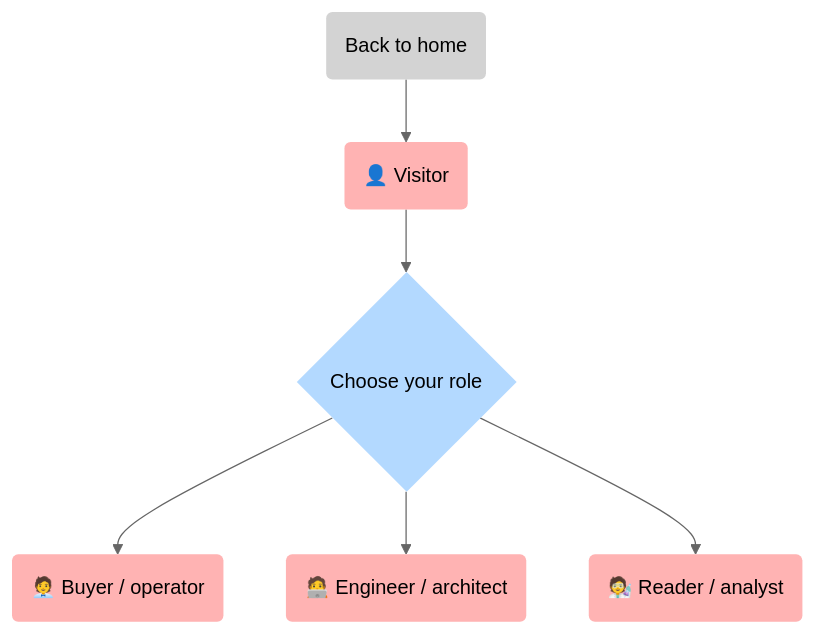
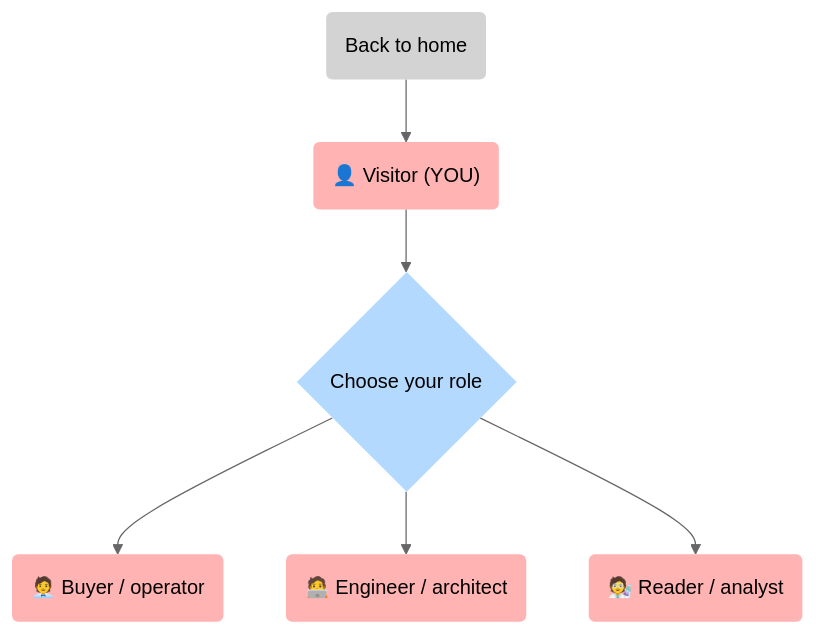
The first of 4 diagrams in docs/home/start-here.md (5Reasons/5reasons.github.io), drawn with Mermaid (neutral theme) before and after one commit. The commit also changed other lines of this file and 1 other file, not shown here.

````diff
--- a/docs/home/start-here.md
+++ b/docs/home/start-here.md
@@ -33,28 +33,28 @@
 ```mermaid
 flowchart TB
 %% Styles (brModel Standard)
 classDef i fill:#D3D3D3,stroke-width:0px,color:#000;
 classDef s fill:#FFB3B3,stroke-width:0px,color:#000;
 classDef p fill:#B3D9FF,stroke-width:0px,color:#000;
 classDef r fill:#FFFFB3,stroke-width:0px,color:#000;
 classDef o fill:#C1F0C1,stroke-width:0px,color:#000;
 
 I_Home("Back to home"):::i
-S_Visitor("👤 Visitor"):::s
+S_Visitor("👤 Visitor (YOU)"):::s
 P_Ident{"Choose your role"}:::p
 
 S_Buyer("🧑‍💼 Buyer / operator"):::s
 S_Eng("🧑‍💻 Engineer / architect"):::s
 S_Read("🧑‍🔬 Reader / analyst"):::s
 
 I_Home --> S_Visitor
 S_Visitor --> P_Ident
 P_Ident --> S_Buyer
 P_Ident --> S_Eng
 P_Ident --> S_Read
 
 click S_Buyer "/home/start-here/#buyer-operator" "Jump to Buyer path"
 click S_Eng "/home/start-here/#engineer-architect" "Jump to Engineer path"
 click S_Read "/home/start-here/#reader-analyst" "Jump to Reader path"
 click I_Home "/" "Home"
 ```
````
